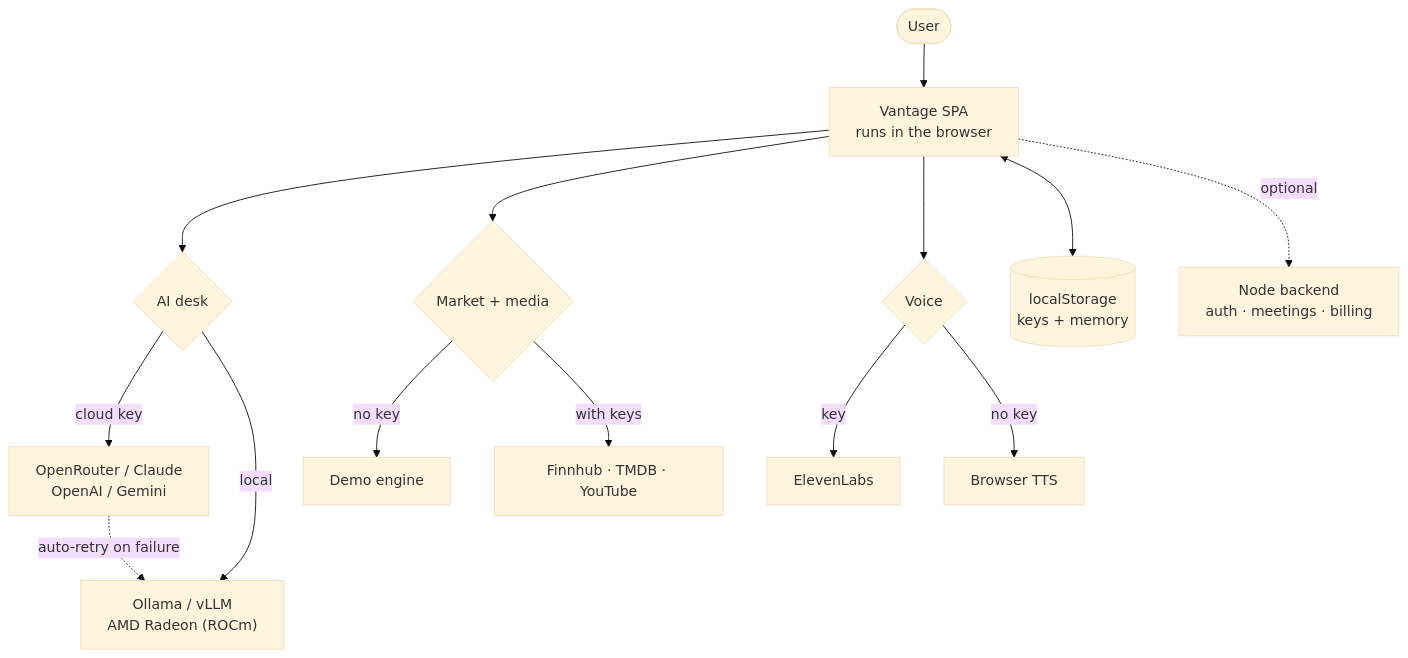
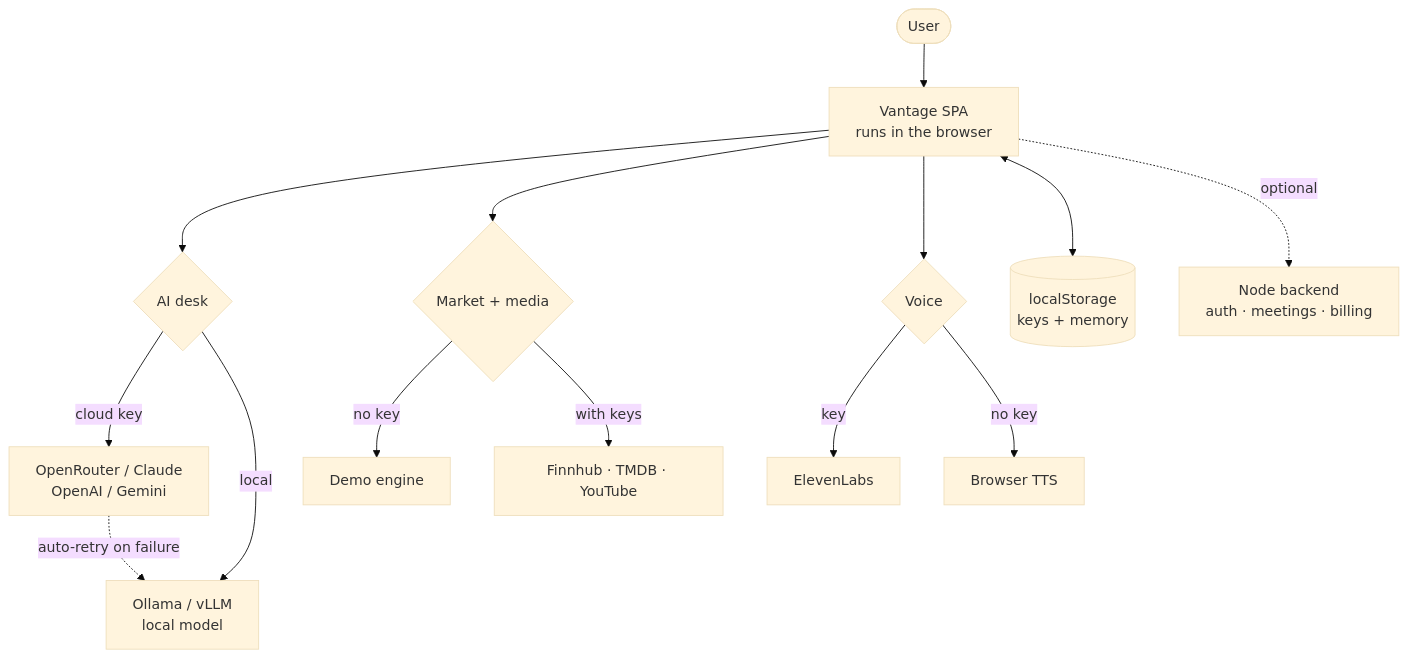
Before and after one commit to ryanwien/VantageApplication: the diagram in README.md, drawn with Mermaid (base theme). The commit also changed other lines of this file, not shown here.

First line of the commit message:
docs(readme): drop the DataHub and AMD Radeon sections

````diff
--- a/README.md
+++ b/README.md
@@ -27,20 +27,20 @@
 ```mermaid
 flowchart TD
     U([User]) --> UI["Vantage SPA<br/>runs in the browser"]
 
     UI --> DESK{AI desk}
     DESK -->|cloud key| CLOUD["OpenRouter / Claude<br/>OpenAI / Gemini"]
-    DESK -->|local| LOCAL["Ollama / vLLM<br/>AMD Radeon (ROCm)"]
+    DESK -->|local| LOCAL["Ollama / vLLM<br/>local model"]
     CLOUD -.->|auto-retry on failure| LOCAL
 
     UI --> DATA{Market + media}
     DATA -->|no key| DEMO["Demo engine"]
     DATA -->|with keys| FEEDS["Finnhub · TMDB · YouTube"]
 
     UI --> VOICE{Voice}
     VOICE -->|key| EL["ElevenLabs"]
     VOICE -->|no key| TTS["Browser TTS"]
 
     UI <--> LS[("localStorage<br/>keys + memory")]
     UI -.optional.-> BE["Node backend<br/>auth · meetings · billing"]
 ```
````
